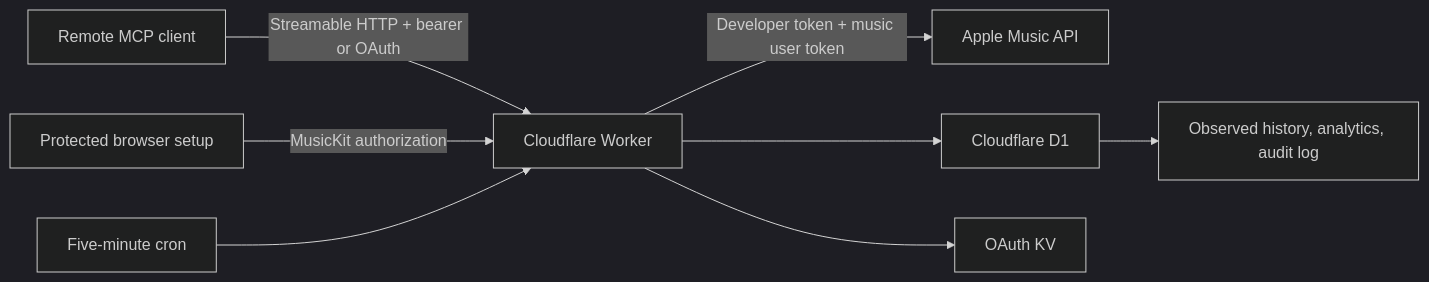
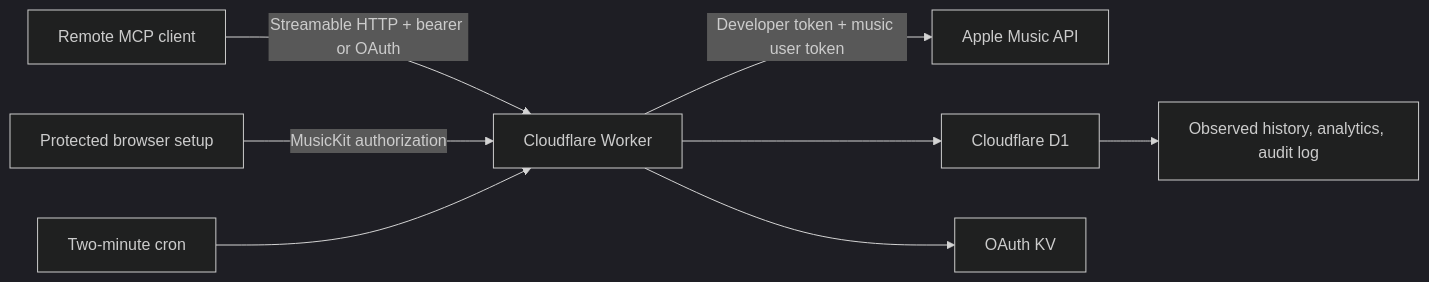
One commit to jordanlein/apple-music-mcp changed the diagram in README.md. Above: the diagram before and after it, drawn with Mermaid (dark theme). The commit also changed other lines of this file and 29 other files, not shown here.

````diff
--- a/README.md
+++ b/README.md
@@ -26,10 +29,10 @@
 ```mermaid
 flowchart LR
     Client["Remote MCP client"] -->|"Streamable HTTP + bearer or OAuth"| Worker["Cloudflare Worker"]
     Setup["Protected browser setup"] -->|"MusicKit authorization"| Worker
     Worker -->|"Developer token + music user token"| Apple["Apple Music API"]
     Worker --> D1["Cloudflare D1"]
     Worker --> KV["OAuth KV"]
-    Cron["Five-minute cron"] --> Worker
+    Cron["Two-minute cron"] --> Worker
     D1 --> Data["Observed history, analytics, audit log"]
 ```
````
